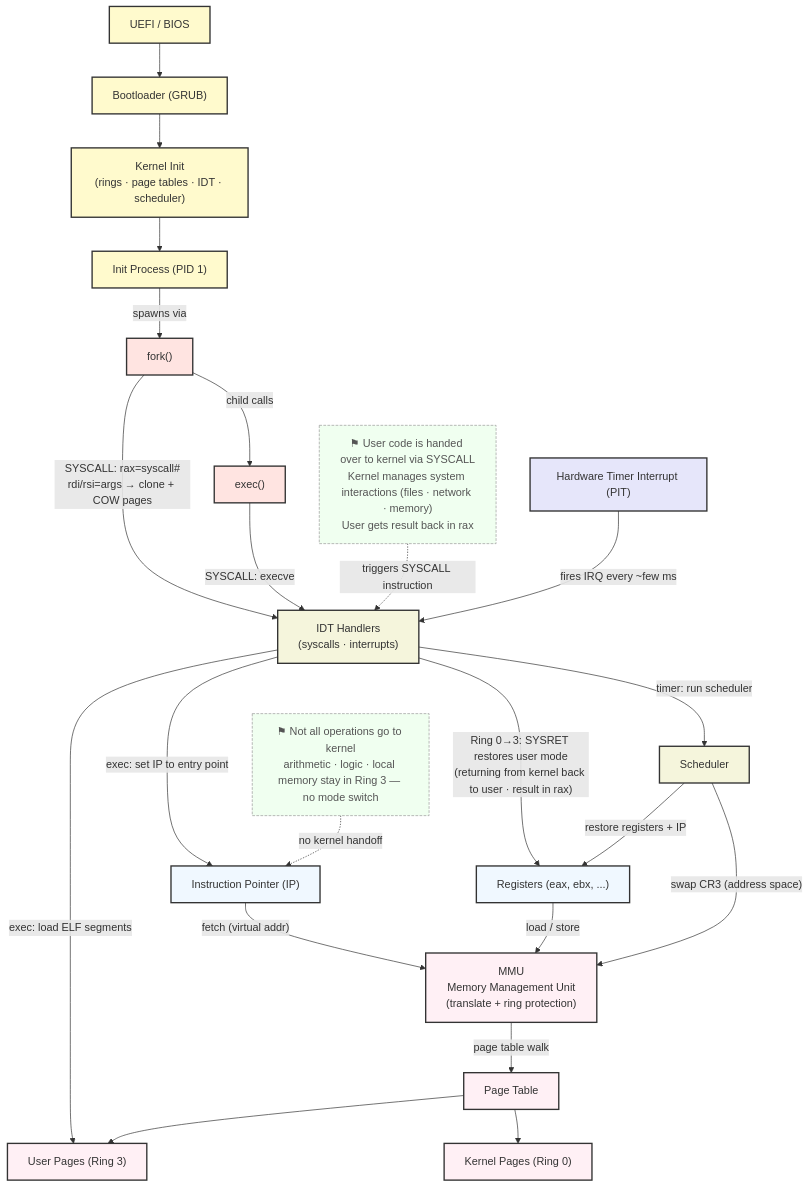
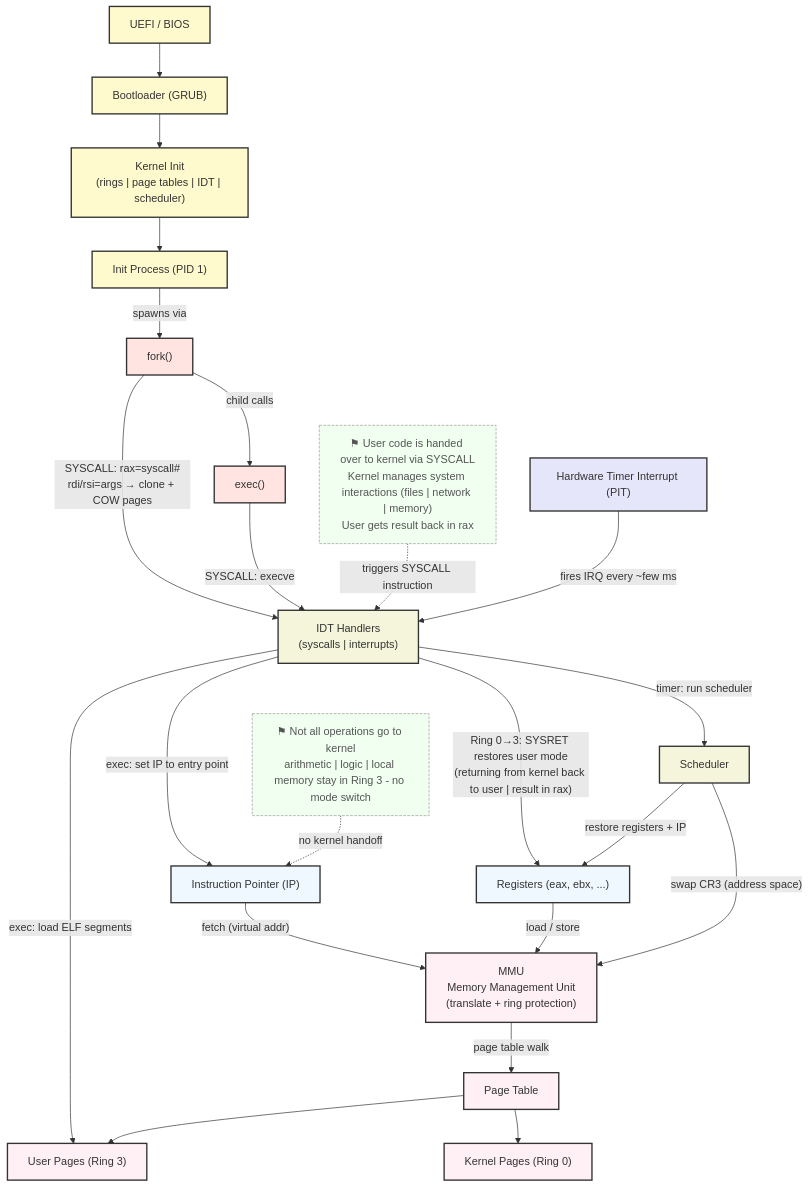
The first of 5 diagrams in Glossary.md (kimtth/software-architect-mindmap), drawn with Mermaid before and after one commit. The commit also changed other lines of this file and 1 other file, not shown here.

````diff
--- a/Glossary.md
+++ b/Glossary.md
@@ -273,56 +375,56 @@
 ```mermaid
 flowchart TD
     %% ── Boot ────────────────────────────────────────────────────
     Firmware["UEFI / BIOS"] --> Bootloader["Bootloader (GRUB)"]
-    Bootloader --> KernelInit["Kernel Init<br/>(rings · page tables · IDT · scheduler)"]
+    Bootloader --> KernelInit["Kernel Init<br/>(rings | page tables | IDT | scheduler)"]
     KernelInit --> InitProcess["Init Process (PID 1)"]
     InitProcess -->|"spawns via"| Fork
 
     %% ── fork + exec ─────────────────────────────────────────────
     Fork["fork()"] -->|"SYSCALL: rax=syscall#<br/>rdi/rsi=args → clone + COW pages"| IDT
     Fork -->|"child calls"| Exec["exec()"]
     Exec -->|"SYSCALL: execve"| IDT
-    IDT["IDT Handlers<br/>(syscalls · interrupts)"] -->|"exec: load ELF segments"| UserPages["User Pages (Ring 3)"]
+    IDT["IDT Handlers<br/>(syscalls | interrupts)"] -->|"exec: load ELF segments"| UserPages["User Pages (Ring 3)"]
     IDT -->|"exec: set IP to entry point"| IP["Instruction Pointer (IP)"]
-    IDT -->|"Ring 0→3: SYSRET restores user mode<br/>(returning from kernel back to user · result in rax)"| Registers["Registers (eax, ebx, ...)"]
+    IDT -->|"Ring 0→3: SYSRET restores user mode<br/>(returning from kernel back to user | result in rax)"| Registers["Registers (eax, ebx, ...)"]
 
     %% ── CPU Fetch-Execute loop ──────────────────────────────────
     %% NOTE: pure computation (math, logic, local memory reads) runs here
-    %% directly in Ring 3 — NO syscall needed
-    NoteRing3["⚑ Not all operations go to kernel<br/>arithmetic · logic · local memory stay in Ring 3 — no mode switch"]
+    %% directly in Ring 3 - NO syscall needed
+    NoteRing3["⚑ Not all operations go to kernel<br/>arithmetic | logic | local memory stay in Ring 3 - no mode switch"]
     NoteRing3 -.->|"no kernel handoff"| IP
 
     IP -->|"fetch (virtual addr)"| MMU["MMU<br/>Memory Management Unit<br/>(translate + ring protection)"]
     Registers -->|"load / store"| MMU
     MMU -->|"page table walk"| PageTable["Page Table"]
     PageTable --> KernelPages["Kernel Pages (Ring 0)"]
     PageTable --> UserPages
 
     %% ── Syscall boundary note ───────────────────────────────────
     %% NOTE: syscall only triggered at system resource boundary
-    NoteSyscall["⚑ User code is handed over to kernel via SYSCALL<br/>Kernel manages system interactions (files · network · memory)<br/>User gets result back in rax"]
+    NoteSyscall["⚑ User code is handed over to kernel via SYSCALL<br/>Kernel manages system interactions (files | network | memory)<br/>User gets result back in rax"]
     NoteSyscall -.->|"triggers SYSCALL instruction"| IDT
 
     %% ── Preemptive Multitasking ─────────────────────────────────
     Timer["Hardware Timer Interrupt (PIT)"] -->|"fires IRQ every ~few ms"| IDT
     IDT -->|"timer: run scheduler"| Scheduler["Scheduler"]
     Scheduler -->|"restore registers + IP"| Registers
     Scheduler -->|"swap CR3 (address space)"| MMU
 
     %% ── Styling ─────────────────────────────────────────────────
     classDef boot   fill:#fffacd,stroke:#333,stroke-width:2px
     classDef cpu    fill:#f0f8ff,stroke:#333,stroke-width:2px
     classDef mem    fill:#fff0f5,stroke:#333,stroke-width:2px
     classDef kernel fill:#f5f5dc,stroke:#333,stroke-width:2px
     classDef hw     fill:#e6e6fa,stroke:#333,stroke-width:2px
     classDef proc   fill:#ffe4e1,stroke:#333,stroke-width:2px
     classDef note   fill:#f0fff0,stroke:#999,stroke-width:1px,stroke-dasharray:4 2,color:#555
 
     class Firmware,Bootloader,KernelInit,InitProcess boot
     class IP,Registers cpu
     class MMU,PageTable,KernelPages,UserPages mem
     class IDT,Scheduler kernel
     class Timer hw
     class Fork,Exec proc
     class NoteRing3,NoteSyscall note
 ```
````
